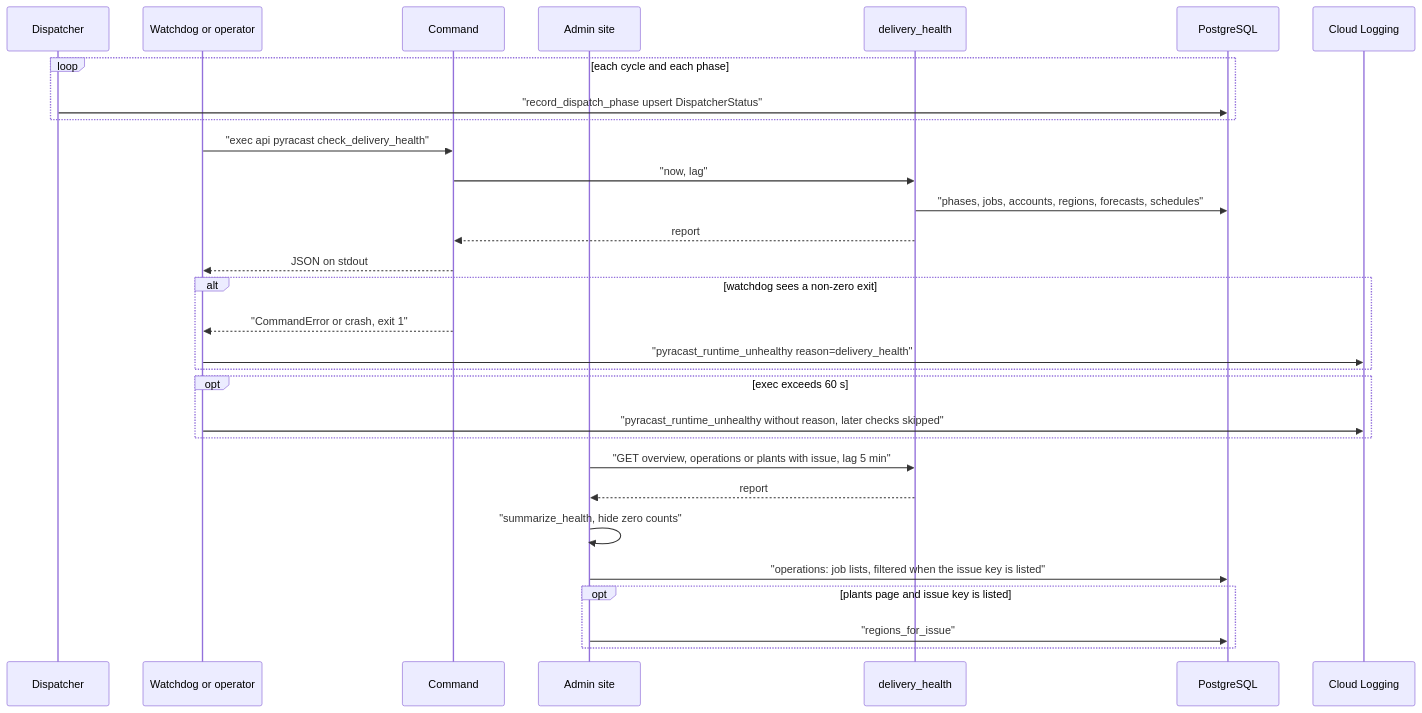
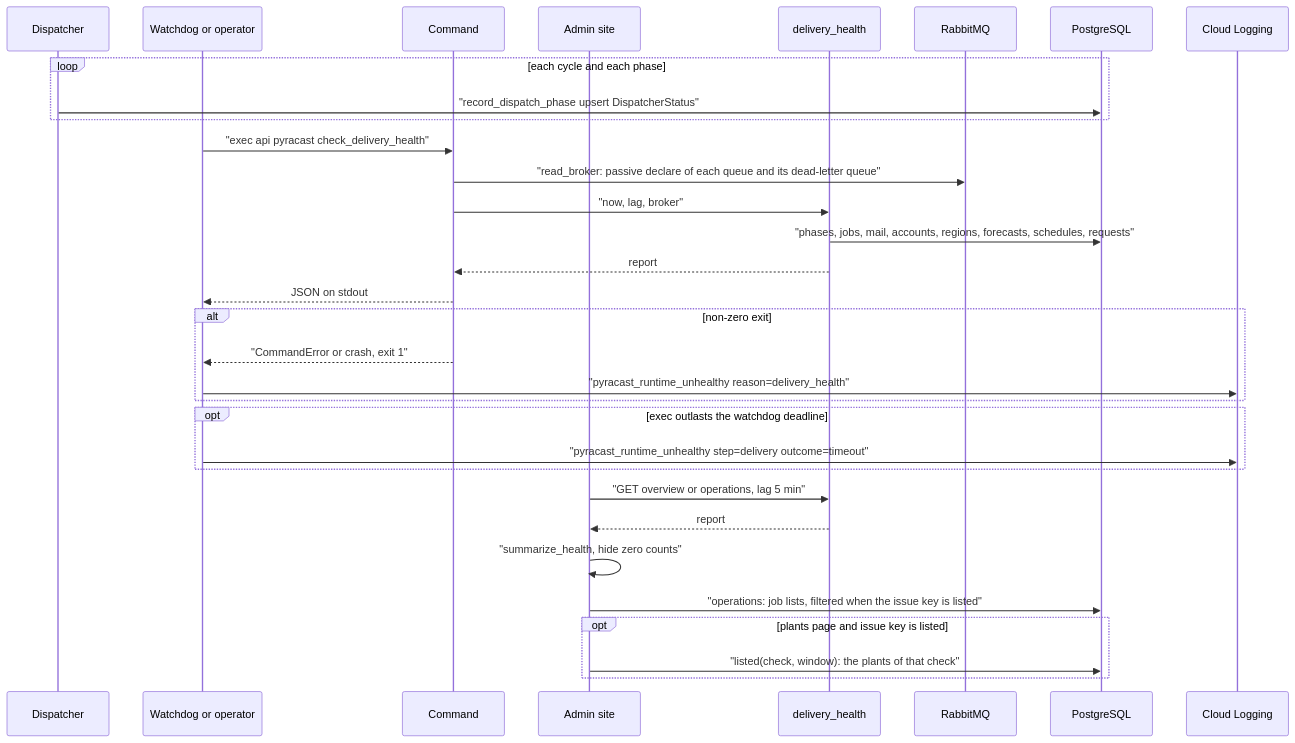
Before and after one commit to erkurtharun/pyracast: the diagram in docs/flows/delivery-health-check.md, drawn with Mermaid. The commit also changed other lines of this file and 17 other files, not shown here.

First line of the commit message:
Bring the operations and delivery flow pages in line with the code

````diff
--- a/docs/flows/delivery-health-check.md
+++ b/docs/flows/delivery-health-check.md
@@ -14,32 +14,34 @@
 ```mermaid
 sequenceDiagram
     participant D as Dispatcher
     participant W as Watchdog or operator
     participant C as Command
     participant A as Admin site
     participant H as delivery_health
+    participant B as RabbitMQ
     participant DB as PostgreSQL
     participant L as Cloud Logging
     loop each cycle and each phase
         D->>DB: "record_dispatch_phase upsert DispatcherStatus"
     end
     W->>C: "exec api pyracast check_delivery_health"
-    C->>H: "now, lag"
-    H->>DB: "phases, jobs, accounts, regions, forecasts, schedules"
+    C->>B: "read_broker: passive declare of each queue and its dead-letter queue"
+    C->>H: "now, lag, broker"
+    H->>DB: "phases, jobs, mail, accounts, regions, forecasts, schedules, requests"
     H-->>C: report
     C-->>W: JSON on stdout
-    alt watchdog sees a non-zero exit
+    alt non-zero exit
         C-->>W: "CommandError or crash, exit 1"
         W->>L: "pyracast_runtime_unhealthy reason=delivery_health"
     end
-    opt exec exceeds 60 s
-        W->>L: "pyracast_runtime_unhealthy without reason, later checks skipped"
+    opt exec outlasts the watchdog deadline
+        W->>L: "pyracast_runtime_unhealthy step=delivery outcome=timeout"
     end
-    A->>H: "GET overview, operations or plants with issue, lag 5 min"
+    A->>H: "GET overview or operations, lag 5 min"
     H-->>A: report
     A->>A: "summarize_health, hide zero counts"
     A->>DB: "operations: job lists, filtered when the issue key is listed"
     opt plants page and issue key is listed
-        A->>DB: "regions_for_issue"
+        A->>DB: "listed(check, window): the plants of that check"
     end
 ```
````
